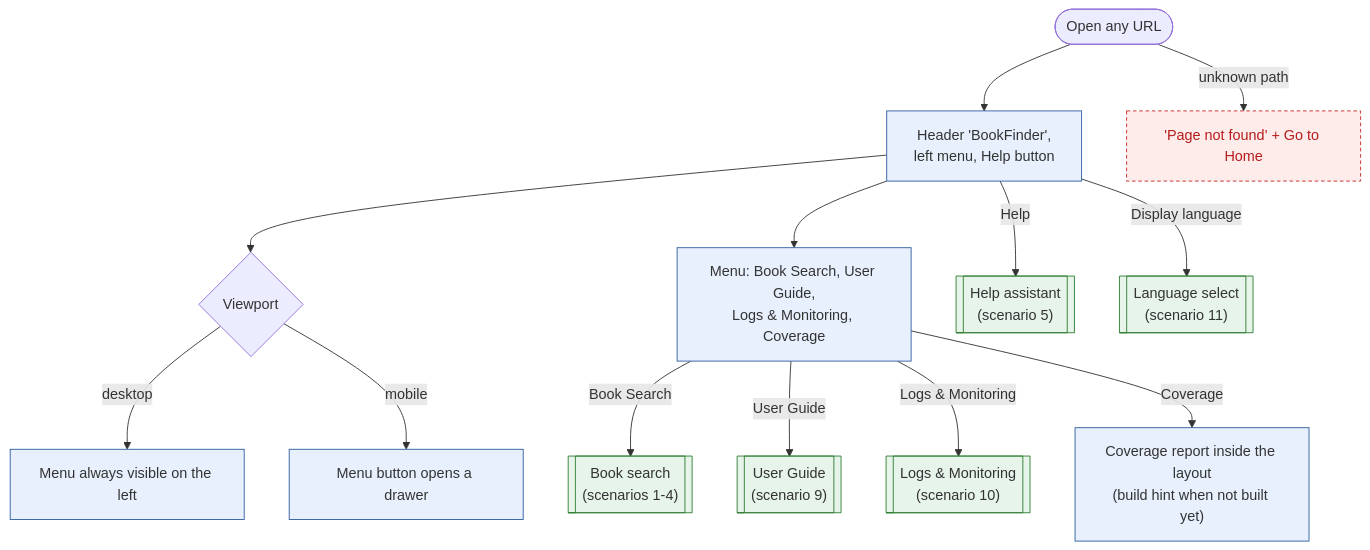
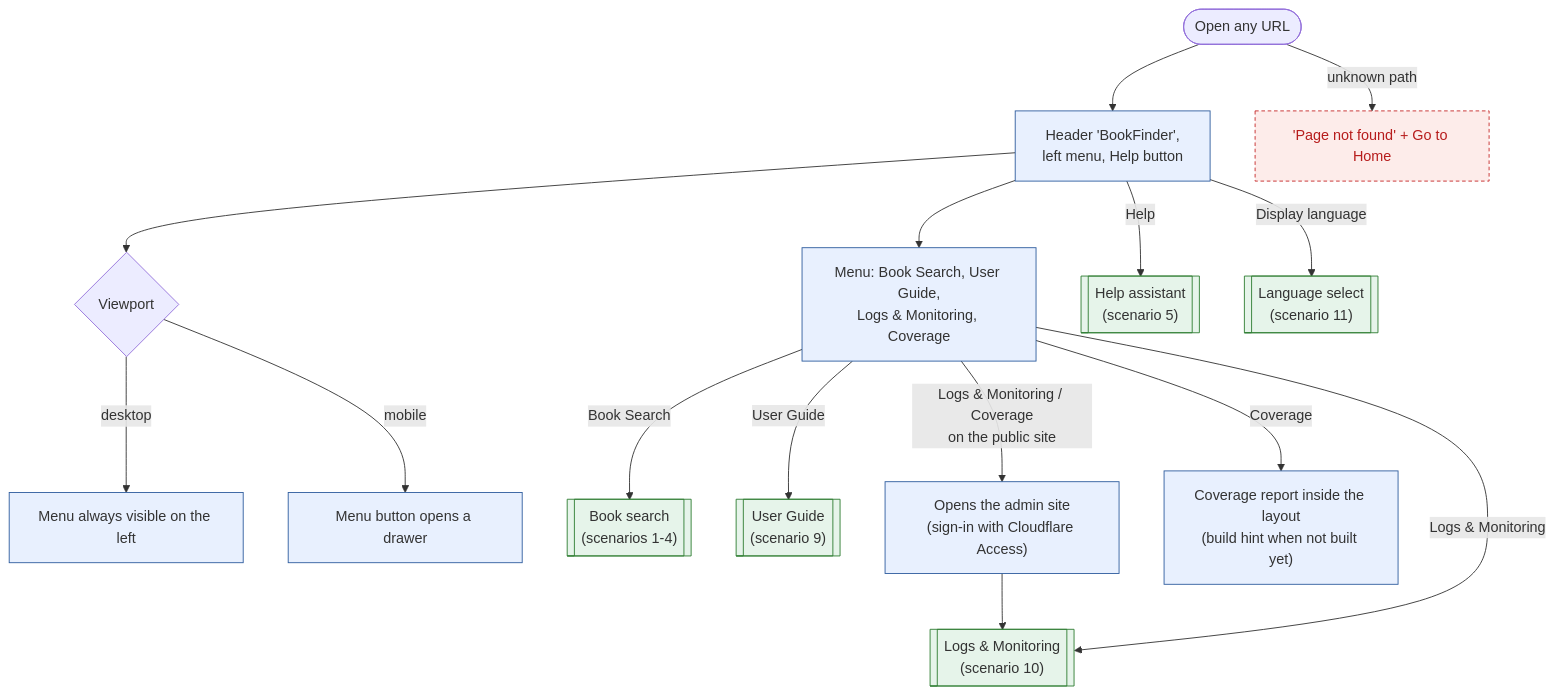
Before and after one commit to cd-jung/bookfinder: the diagram in ux-flows/08-app-shell.md, drawn with Mermaid. The commit also changed other lines of this file and 55 other files, not shown here.

First line of the commit message:
Admin site behind Cloudflare Access and resource headroom gauges

````diff
--- a/ux-flows/08-app-shell.md
+++ b/ux-flows/08-app-shell.md
@@ -6,29 +7,31 @@
 ```mermaid
 flowchart TD
   open(["Open any URL"]) --> shell["Header 'BookFinder',<br/>left menu, Help button"]
   shell --> viewport{"Viewport"}
   viewport -->|"desktop"| permanent["Menu always visible on the left"]
   viewport -->|"mobile"| drawer["Menu button opens a drawer"]
   shell --> menu["Menu: Book Search, User Guide,<br/>Logs & Monitoring, Coverage"]
   menu -->|"Book Search"| home[["Book search<br/>(scenarios 1-4)"]]
   menu -->|"User Guide"| guide[["User Guide<br/>(scenario 9)"]]
+  menu -->|"Logs & Monitoring / Coverage<br/>on the public site"| adminLink["Opens the admin site<br/>(sign-in with Cloudflare Access)"]
+  adminLink --> logs
   menu -->|"Logs & Monitoring"| logs[["Logs & Monitoring<br/>(scenario 10)"]]
   menu -->|"Coverage"| coverage["Coverage report inside the layout<br/>(build hint when not built yet)"]
   shell -->|"Help"| help[["Help assistant<br/>(scenario 5)"]]
   shell -->|"Display language"| languages[["Language select<br/>(scenario 11)"]]
   open -->|"unknown path"| notFound["'Page not found' + Go to Home"]
 
   classDef screen fill:#e8f0fe,stroke:#2f5d9e
   classDef hidden fill:#fdecea,stroke:#c62828,stroke-dasharray:4 3,color:#b71c1c
   classDef link fill:#e6f4ea,stroke:#2e7d32
-  class shell,permanent,drawer,menu,coverage screen
+  class shell,permanent,drawer,menu,coverage,adminLink screen
   class notFound hidden
   class home,guide,logs,help,languages link
 
   %% link home 01-page-load-layout.md
   %% link guide 09-user-guide.md
   %% link logs 10-logs-monitoring.md
   %% link help 05-help-conversation.md
   %% link languages 11-languages.md
   %% guide 01-getting-started.md
 ```
````
